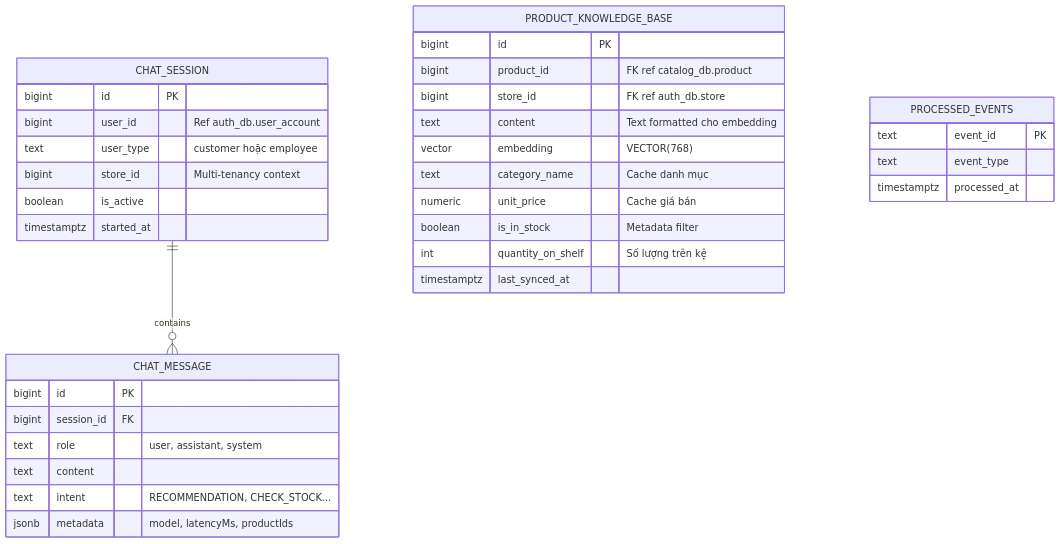
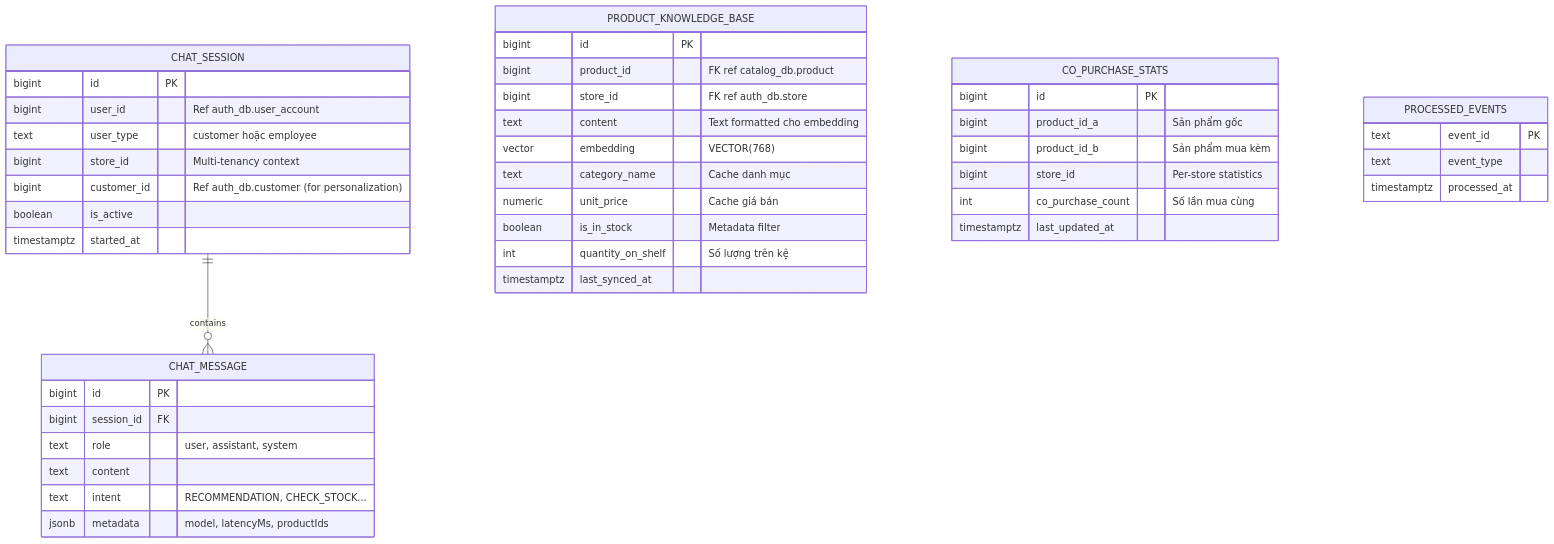
Before and after one commit to PhatNguyenTT2/microservices: the fourth of 9 diagrams in docs/chatbot/bao-cao-chatbot-rag.md, drawn with Mermaid. The commit also changed other lines of this file, not shown here.

````diff
--- a/docs/chatbot/bao-cao-chatbot-rag.md
+++ b/docs/chatbot/bao-cao-chatbot-rag.md
@@ -283,40 +174,50 @@
 ```mermaid
 erDiagram
     CHAT_SESSION ||--o{ CHAT_MESSAGE : "contains"
     PRODUCT_KNOWLEDGE_BASE {
         bigint id PK
         bigint product_id "FK ref catalog_db.product"
         bigint store_id "FK ref auth_db.store"
         text content "Text formatted cho embedding"
         vector embedding "VECTOR(768)"
         text category_name "Cache danh mục"
         numeric unit_price "Cache giá bán"
         boolean is_in_stock "Metadata filter"
         int quantity_on_shelf "Số lượng trên kệ"
         timestamptz last_synced_at
     }
 
     CHAT_SESSION {
         bigint id PK
         bigint user_id "Ref auth_db.user_account"
         text user_type "customer hoặc employee"
         bigint store_id "Multi-tenancy context"
+        bigint customer_id "Ref auth_db.customer (for personalization)"
         boolean is_active
         timestamptz started_at
     }
 
     CHAT_MESSAGE {
         bigint id PK
         bigint session_id FK
         text role "user, assistant, system"
         text content
         text intent "RECOMMENDATION, CHECK_STOCK..."
         jsonb metadata "model, latencyMs, productIds"
     }
 
+    CO_PURCHASE_STATS {
+        bigint id PK
+        bigint product_id_a "Sản phẩm gốc"
+        bigint product_id_b "Sản phẩm mua kèm"
+        bigint store_id "Per-store statistics"
+        int co_purchase_count "Số lần mua cùng"
+        timestamptz last_updated_at
+    }
+
     PROCESSED_EVENTS {
         text event_id PK
         text event_type
         timestamptz processed_at
     }
 ```
````
